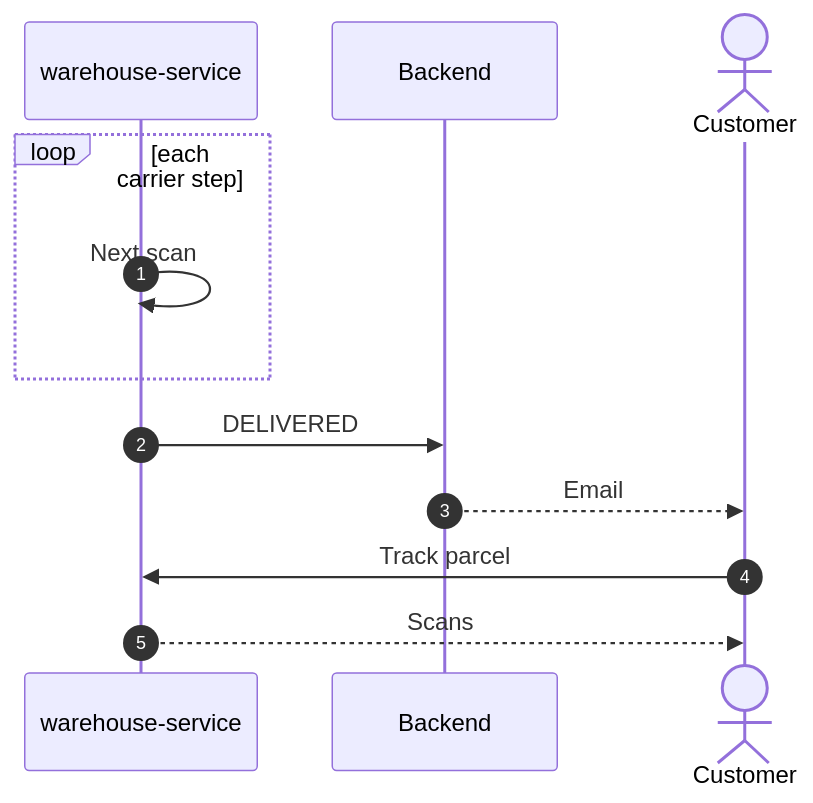
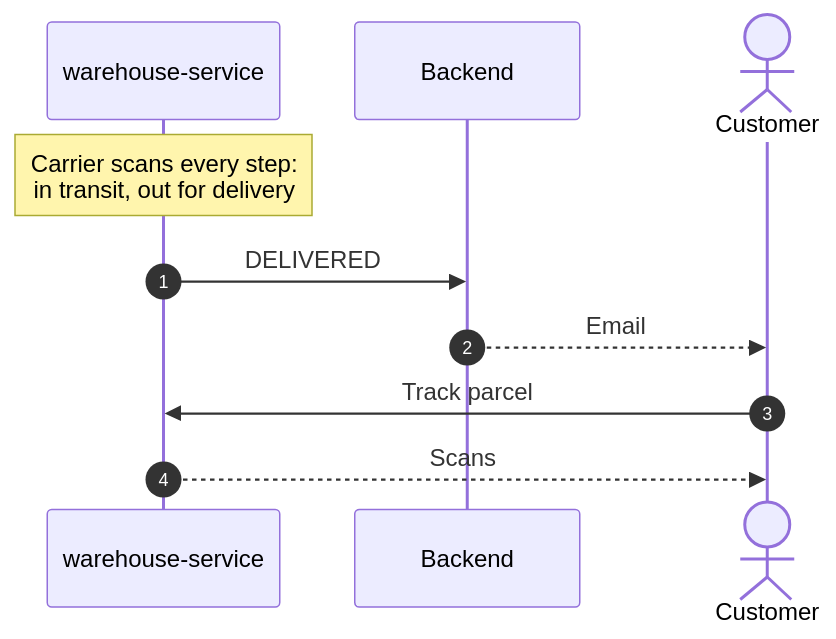
Before and after one commit to slawekradzyminski/awesome-localstack: the third of 3 diagrams in docs-site/docs/flows/index.md, drawn with Mermaid. The commit also changed other lines of this file and 19 other files, not shown here.

First line of the commit message:
Review every wiki diagram by eye and redraw the unclear ones

````diff
--- a/docs-site/docs/flows/index.md
+++ b/docs-site/docs/flows/index.md
@@ -83,14 +83,12 @@
 ```mermaid
 sequenceDiagram
     autonumber
     participant W as warehouse-service
     participant B as Backend
     actor C as Customer
-    loop each carrier step
-        W->>W: Next scan
-    end
+    Note over W: Carrier scans every step:<br/>in transit, out for delivery
     W->>B: DELIVERED
     B-->>C: Email
     C->>W: Track parcel
     W-->>C: Scans
 ```
````
